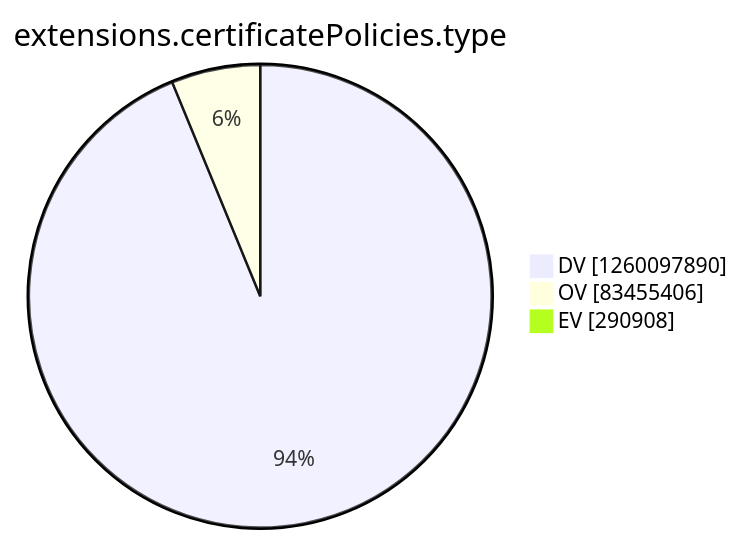
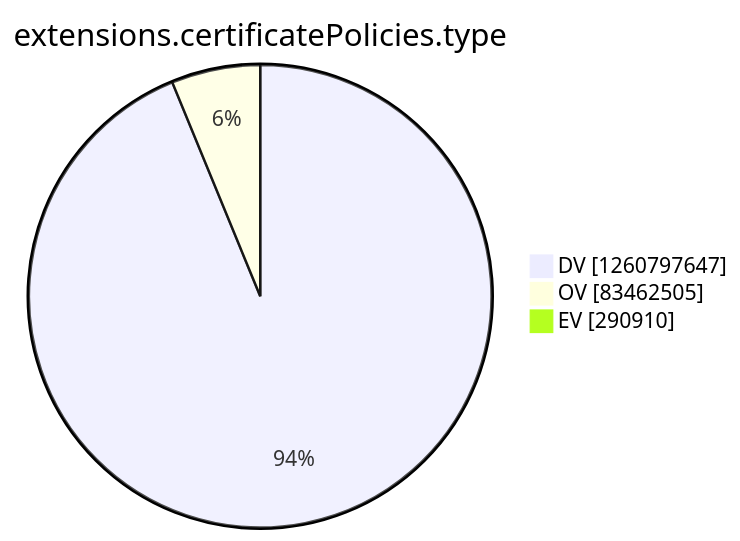
One commit to christiankrug/ctmonitor_visualization changed the tenth of 15 diagrams in argon2022/README.md. Above: the diagram before and after it, drawn with Mermaid. The commit also changed other lines of this file, not shown here.

````diff
--- a/argon2022/README.md
+++ b/argon2022/README.md
@@ -2771,7 +2771,7 @@
 ```mermaid
 pie showData
 title extensions.certificatePolicies.type
-"DV" :1260097890
-"OV" :83455406
-"EV" :290908
+"DV" :1260797647
+"OV" :83462505
+"EV" :290910
 ```
````
